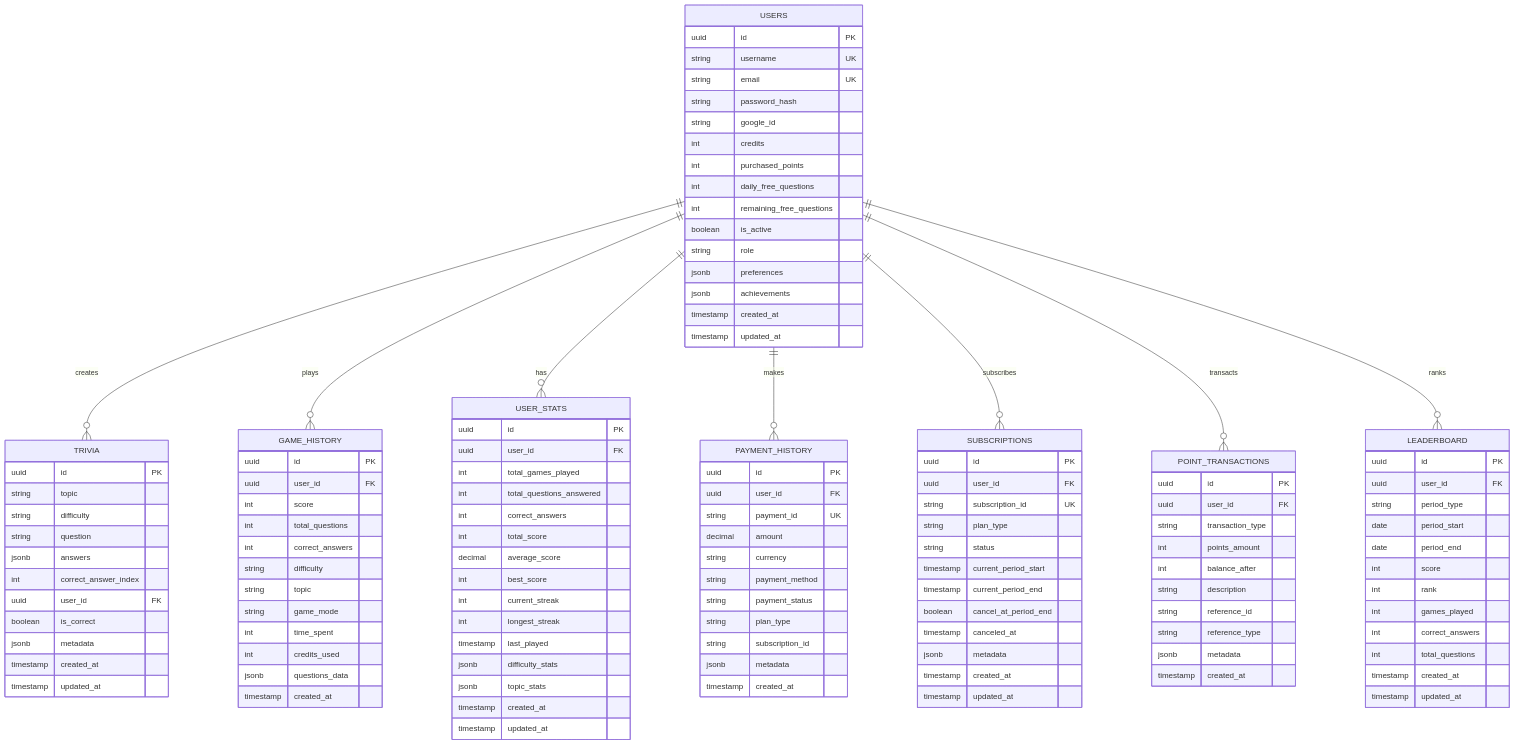
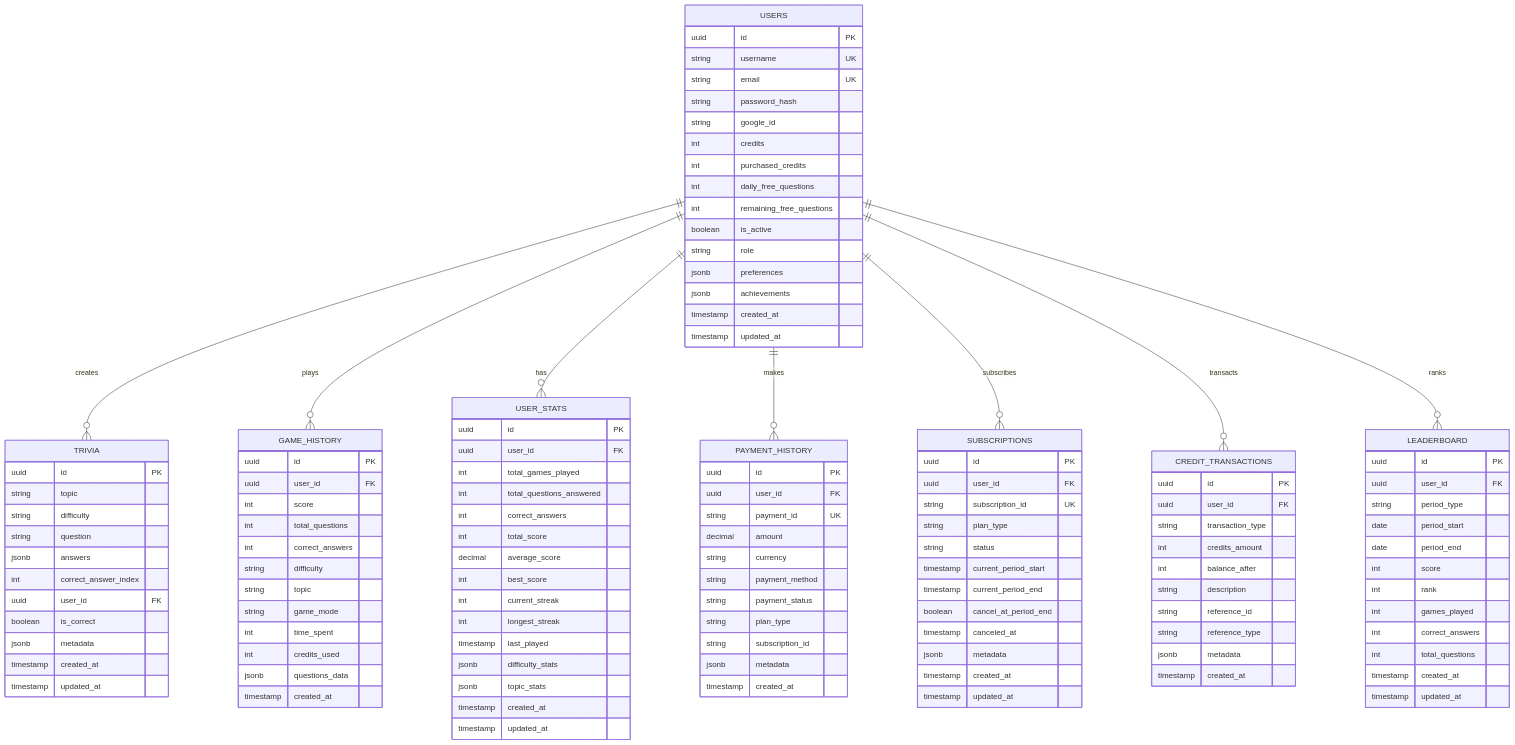
Before and after one commit to IsraelRub/EveryTriv: the eighth of 28 diagrams in docs/DIAGRAMS.md, drawn with Mermaid. The commit also changed other lines of this file and 600 other files, not shown here.

Commit message:
feat: add multiplayer game mode, migrate from points to credits system, reorganize components, and rename AI providers

```diff
--- a/docs/DIAGRAMS.md
+++ b/docs/DIAGRAMS.md
@@ -591,7 +625,7 @@
     USERS ||--o{ USER_STATS : "has"
     USERS ||--o{ PAYMENT_HISTORY : "makes"
     USERS ||--o{ SUBSCRIPTIONS : "subscribes"
-    USERS ||--o{ POINT_TRANSACTIONS : "transacts"
+    USERS ||--o{ CREDIT_TRANSACTIONS : "transacts"
     USERS ||--o{ LEADERBOARD : "ranks"
 
     USERS {
@@ -601,7 +635,7 @@
         string password_hash
         string google_id
         int credits
-        int purchased_points
+        int purchased_credits
         int daily_free_questions
         int remaining_free_questions
         boolean is_active
@@ -688,11 +722,11 @@
         timestamp updated_at
     }
 
-    POINT_TRANSACTIONS {
+    CREDIT_TRANSACTIONS {
         uuid id PK
         uuid user_id FK
         string transaction_type
-        int points_amount
+        int credits_amount
         int balance_after
         string description
         string reference_id
```
